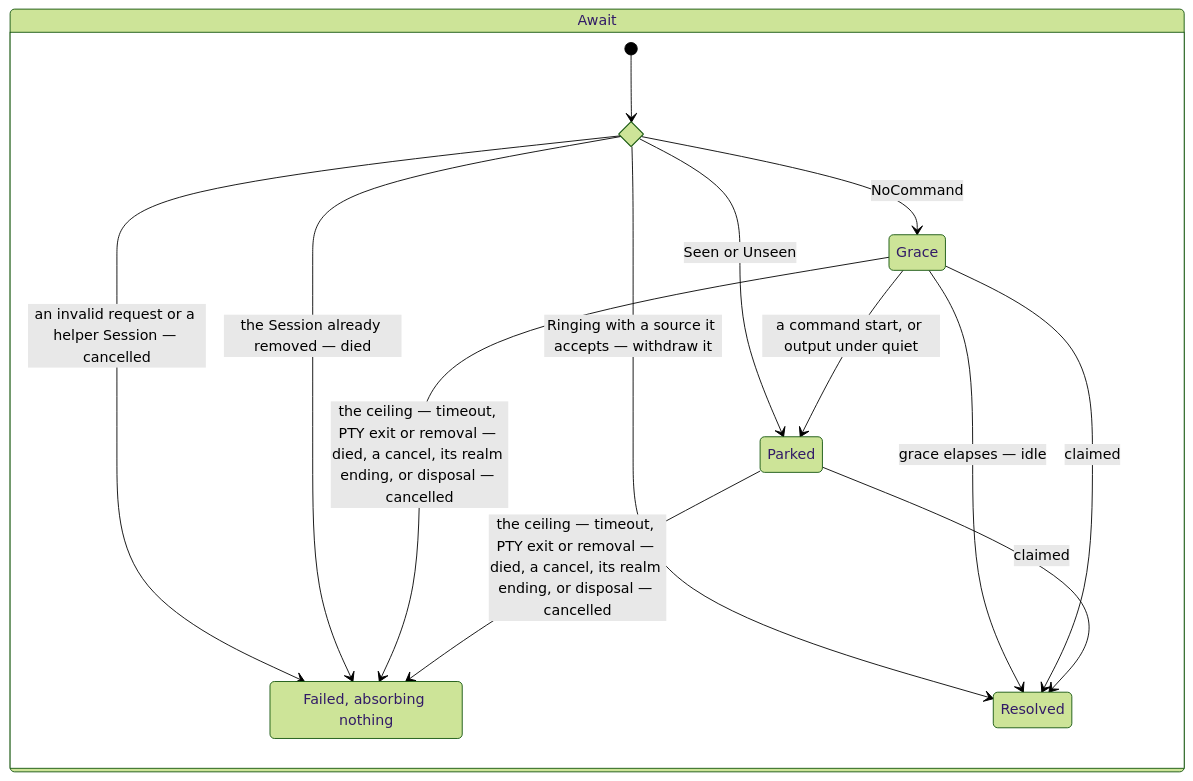
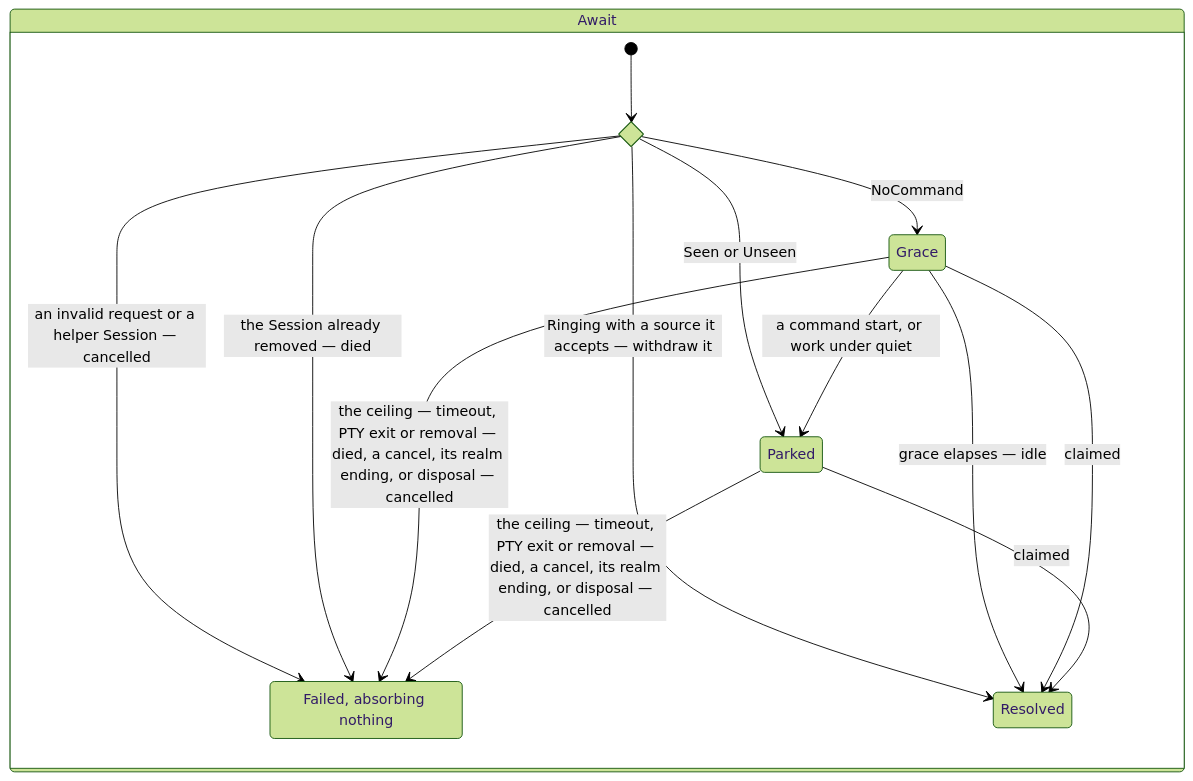
Before and after one commit to diffplug/dormouse: diagram 15 of 16 in docs/specs/alert.md, drawn with Mermaid (forest theme). The commit also changed other lines of this file and 6 other files, not shown here.

````diff
--- a/docs/specs/alert.md
+++ b/docs/specs/alert.md
@@ -319,19 +320,19 @@
 ```mermaid
 stateDiagram-v2
   state "Await" as Await {
     state arrive <<choice>>
     state "Failed, absorbing nothing" as Failed
     [*] --> arrive
     arrive --> Failed: an invalid request or a helper Session — cancelled
     arrive --> Failed: the Session already removed — died
     arrive --> Resolved: Ringing with a source it accepts — withdraw it
     arrive --> Parked: Seen or Unseen
     arrive --> Grace: NoCommand
-    Grace --> Parked: a command start, or output under quiet
+    Grace --> Parked: a command start, or work under quiet
     Grace --> Resolved: grace elapses — idle
     Grace --> Resolved: claimed
     Parked --> Resolved: claimed
     Grace --> Failed: the ceiling — timeout, PTY exit or removal — died, a cancel, its realm ending, or disposal — cancelled
     Parked --> Failed: the ceiling — timeout, PTY exit or removal — died, a cancel, its realm ending, or disposal — cancelled
   }
 ```
````
